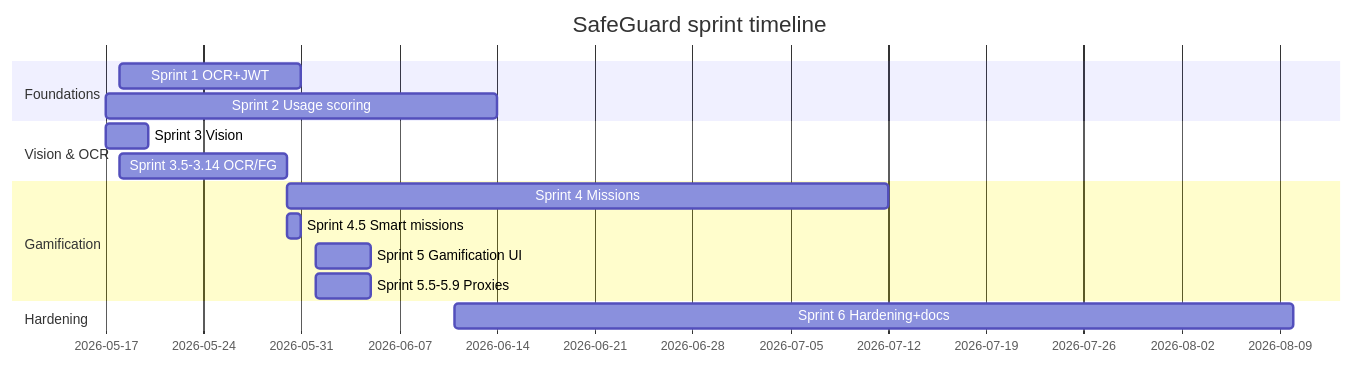
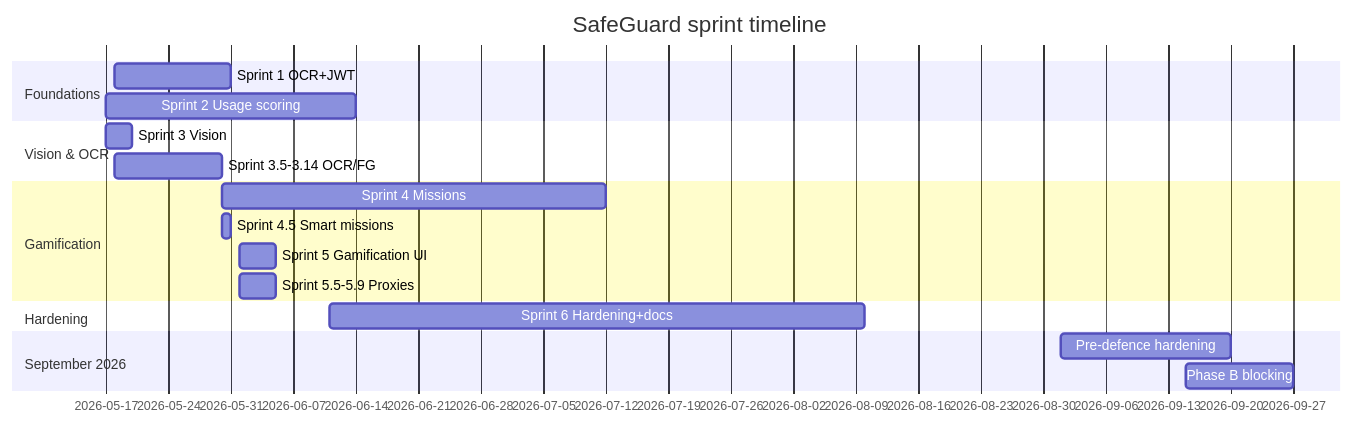
The diagram in docs/scrum_artifacts.md (Helmi-Megdiche/PFE_optimization), drawn with Mermaid before and after one commit. The commit also changed other lines of this file and 9 other files, not shown here.

````diff
--- a/docs/scrum_artifacts.md
+++ b/docs/scrum_artifacts.md
@@ -75,18 +78,21 @@
 ```mermaid
 gantt
     dateFormat  YYYY-MM-DD
     title SafeGuard sprint timeline
     section Foundations
     Sprint 1 OCR+JWT          :2026-05-18, 2026-05-31
     Sprint 2 Usage scoring    :2026-05-17, 2026-06-14
     section Vision & OCR
     Sprint 3 Vision           :2026-05-17, 2026-05-20
     Sprint 3.5-3.14 OCR/FG    :2026-05-18, 2026-05-30
     section Gamification
     Sprint 4 Missions         :2026-05-30, 2026-07-12
     Sprint 4.5 Smart missions :2026-05-30, 2026-05-31
     Sprint 5 Gamification UI  :2026-06-01, 2026-06-05
     Sprint 5.5-5.9 Proxies    :2026-06-01, 2026-06-05
     section Hardening
     Sprint 6 Hardening+docs   :2026-06-11, 2026-08-10
+    section September 2026
+    Pre-defence hardening     :2026-09-01, 2026-09-20
+    Phase B blocking          :2026-09-15, 2026-09-27
 ```
````
